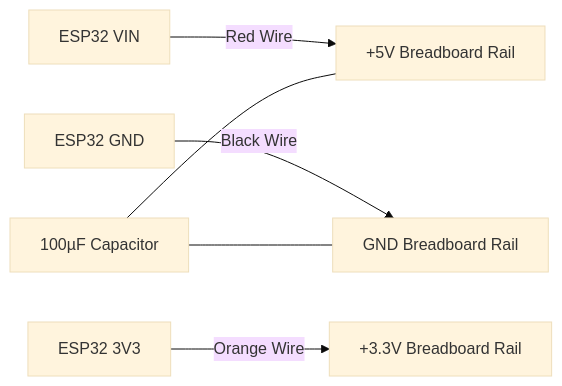
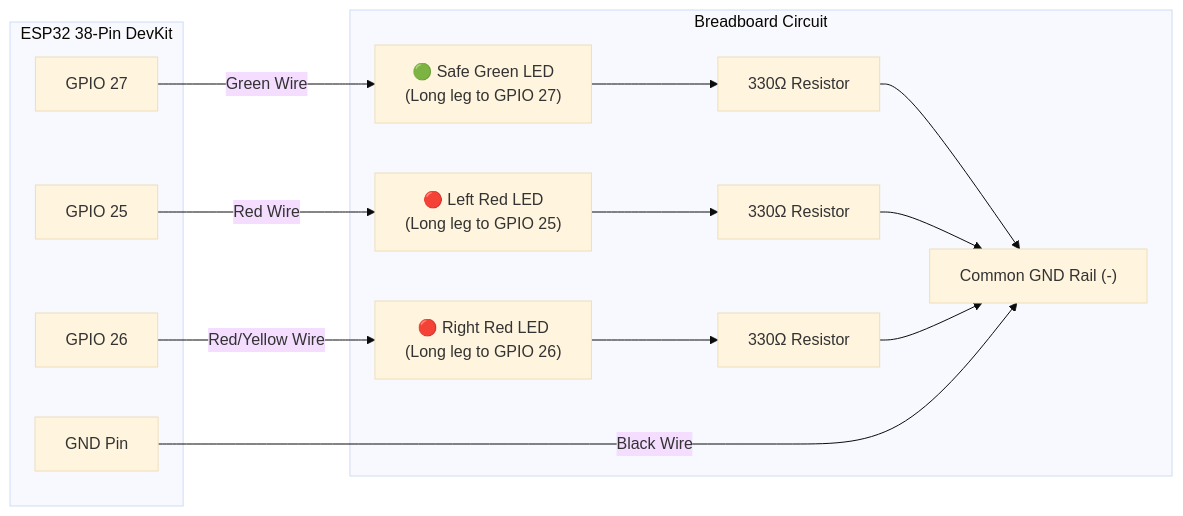
One commit to DevInfinix/BlindSpottr changed the diagram in docs/live.md. Above: the diagram before and after it, drawn with Mermaid (base theme). The commit also changed other lines of this file and 5 other files, not shown here.

````diff
--- a/docs/live.md
+++ b/docs/live.md
@@ -126,8 +25,36 @@
 ```mermaid
 graph LR
-    VIN["ESP32 VIN"] -->|Red Wire| RAIL5V["+5V Breadboard Rail"]
-    GND["ESP32 GND"] -->|Black Wire| RAILGND["GND Breadboard Rail"]
-    V33["ESP32 3V3"] -->|Orange Wire| RAIL3V["+3.3V Breadboard Rail"]
-    CAP["100µF Capacitor"] --- RAIL5V
-    CAP --- RAILGND
+    subgraph ESP32["ESP32 38-Pin DevKit"]
+        G27["GPIO 27"]
+        G25["GPIO 25"]
+        G26["GPIO 26"]
+        GND["GND Pin"]
+    end
+
+    subgraph Breadboard["Breadboard Circuit"]
+        LED_SAFE["🟢 Safe Green LED\n(Long leg to GPIO 27)"]
+        R_SAFE["330Ω Resistor"]
+
+        LED_LEFT["🔴 Left Red LED\n(Long leg to GPIO 25)"]
+        R_LEFT["330Ω Resistor"]
+
+        LED_RIGHT["🔴 Right Red LED\n(Long leg to GPIO 26)"]
+        R_RIGHT["330Ω Resistor"]
+
+        GND_RAIL["Common GND Rail (-)"]
+    end
+
+    G27 -->|Green Wire| LED_SAFE
+    LED_SAFE --> R_SAFE
+    R_SAFE --> GND_RAIL
+
+    G25 -->|Red Wire| LED_LEFT
+    LED_LEFT --> R_LEFT
+    R_LEFT --> GND_RAIL
+
+    G26 -->|Red/Yellow Wire| LED_RIGHT
+    LED_RIGHT --> R_RIGHT
+    R_RIGHT --> GND_RAIL
+
+    GND -->|Black Wire| GND_RAIL
 ```
````
